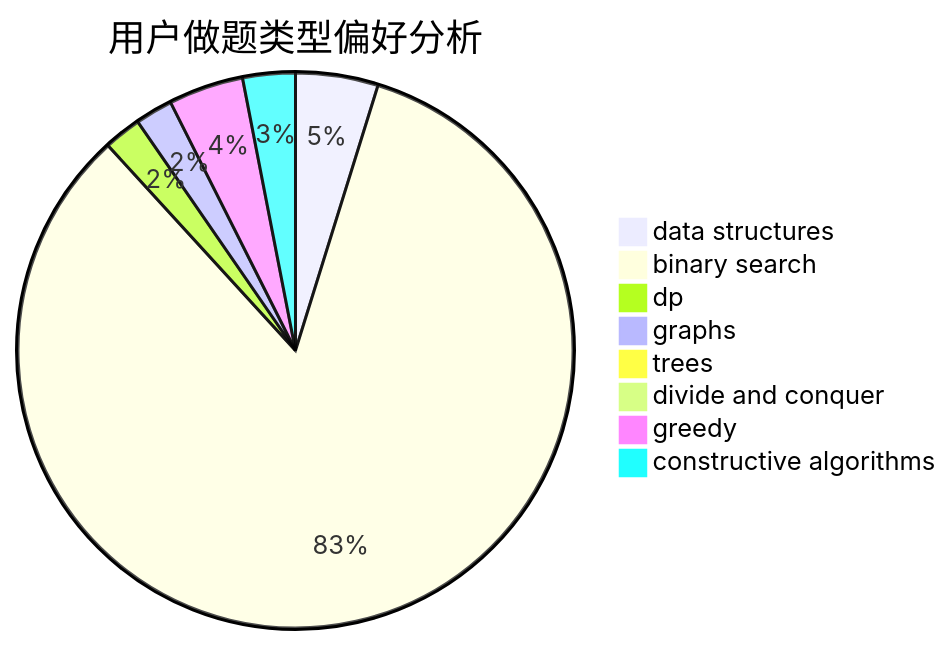
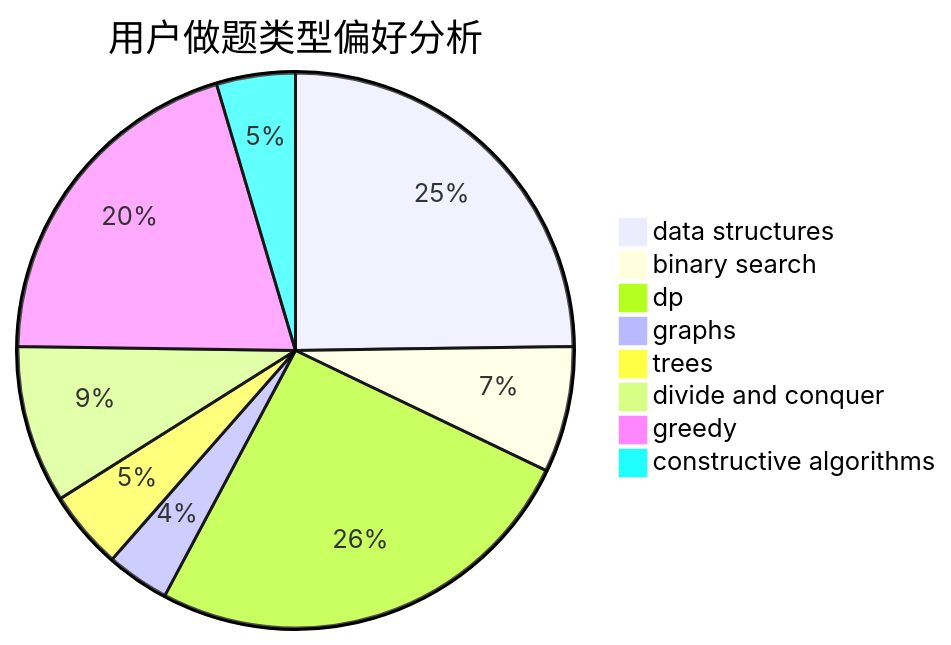
One commit to sherpahu/cfrs.github.io changed the second of 3 diagrams in docs/user/u2154.md. Above: the diagram before and after it, drawn with Mermaid. The commit also changed other lines of this file and 2770 other files, not shown here.

````diff
--- a/docs/user/u2154.md
+++ b/docs/user/u2154.md
@@ -23,11 +23,11 @@
 ```mermaid
 pie title 用户做题类型偏好分析
-    "data structures" :  11
-    "binary search" :  191
-    "dp" :  5
-    "graphs" :  5
-    "trees" :  0
-    "divide and conquer" :  0
-    "greedy" :  10
-    "constructive algorithms" :  7
+    "data structures" :  27
+    "binary search" :  8
+    "dp" :  28
+    "graphs" :  4
+    "trees" :  5
+    "divide and conquer" :  10
+    "greedy" :  22
+    "constructive algorithms" :  5
 ```
````
